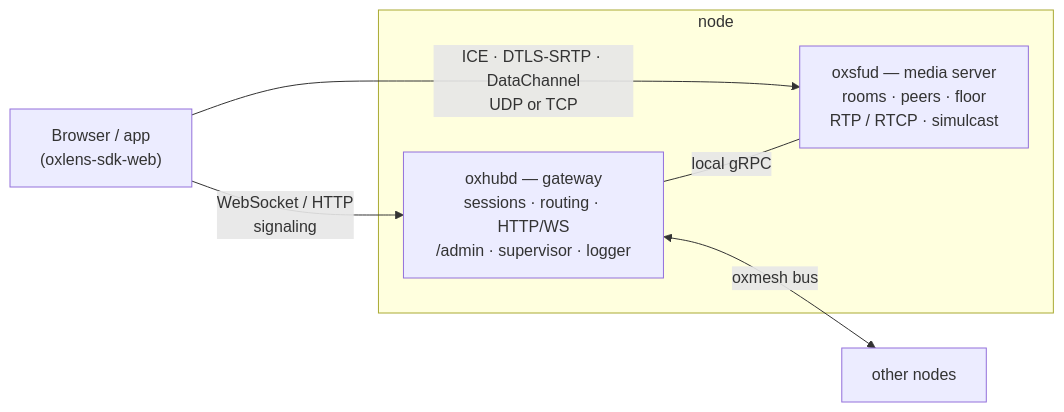
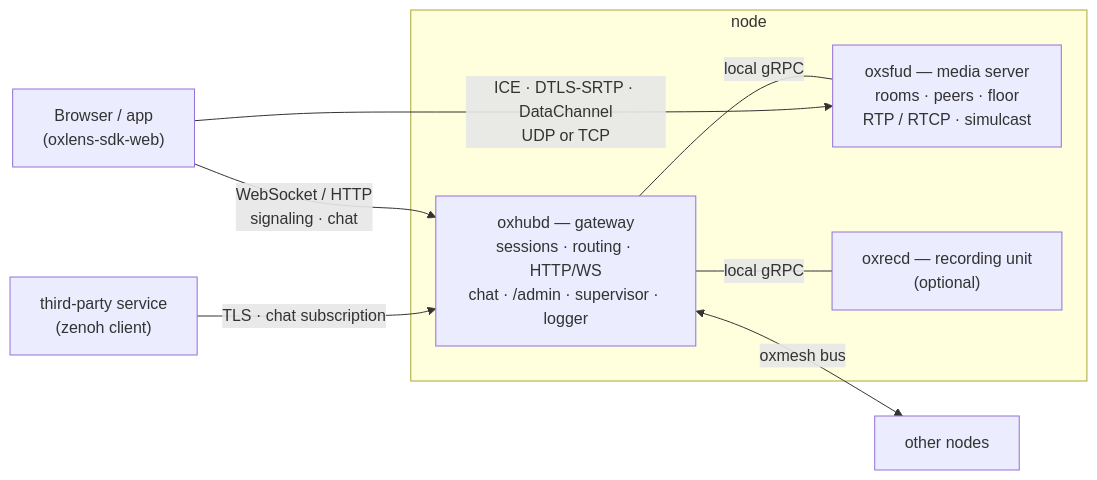
One commit to kodeholic9/oxlens-sfu changed the diagram in README.md. Above: the diagram before and after it, drawn with Mermaid. The commit also changed other lines of this file and 1 other file, not shown here.

````diff
--- a/README.md
+++ b/README.md
@@ -36,13 +40,17 @@
 ```mermaid
 flowchart LR
   C["Browser / app<br/>(oxlens-sdk-web)"]
   subgraph N1["node"]
-    H["oxhubd — gateway<br/>sessions · routing · HTTP/WS<br/>/admin · supervisor · logger"]
+    H["oxhubd — gateway<br/>sessions · routing · HTTP/WS<br/>chat · /admin · supervisor · logger"]
     S["oxsfud — media server<br/>rooms · peers · floor<br/>RTP / RTCP · simulcast"]
+    R["oxrecd — recording unit<br/>(optional)"]
     H -- "local gRPC" --- S
+    H -- "local gRPC" --- R
   end
   N2["other nodes"]
-  C -- "WebSocket / HTTP<br/>signaling" --> H
+  X["third-party service<br/>(zenoh client)"]
+  C -- "WebSocket / HTTP<br/>signaling · chat" --> H
   C -- "ICE · DTLS-SRTP · DataChannel<br/>UDP or TCP" --> S
   H <-- "oxmesh bus" --> N2
+  X -- "TLS · chat subscription" --> H
 ```
````
